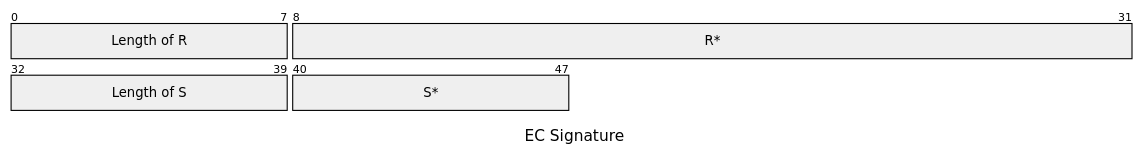
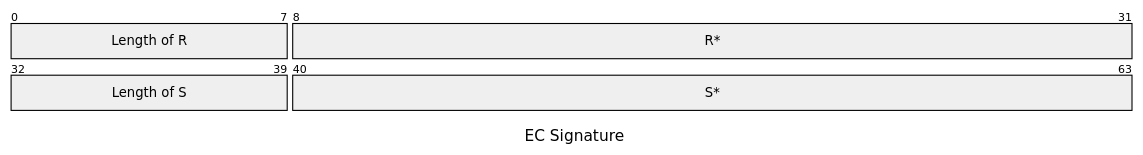
One commit to opentdf/spec changed the seventh of 7 diagrams in schema/nanotdf/README.md. Above: the diagram before and after it, drawn with Mermaid. The commit also changed other lines of this file, not shown here.

````diff
--- a/schema/nanotdf/README.md
+++ b/schema/nanotdf/README.md
@@ -147,10 +147,10 @@
 ```mermaid
 ---
 title: "EC Signature"
 ---
 packet-beta
 0-7: "Length of R"
 8-31: "R*"
 32-39: "Length of S"
-40-47: "S*"
+40-63: "S*"
 ```
````
